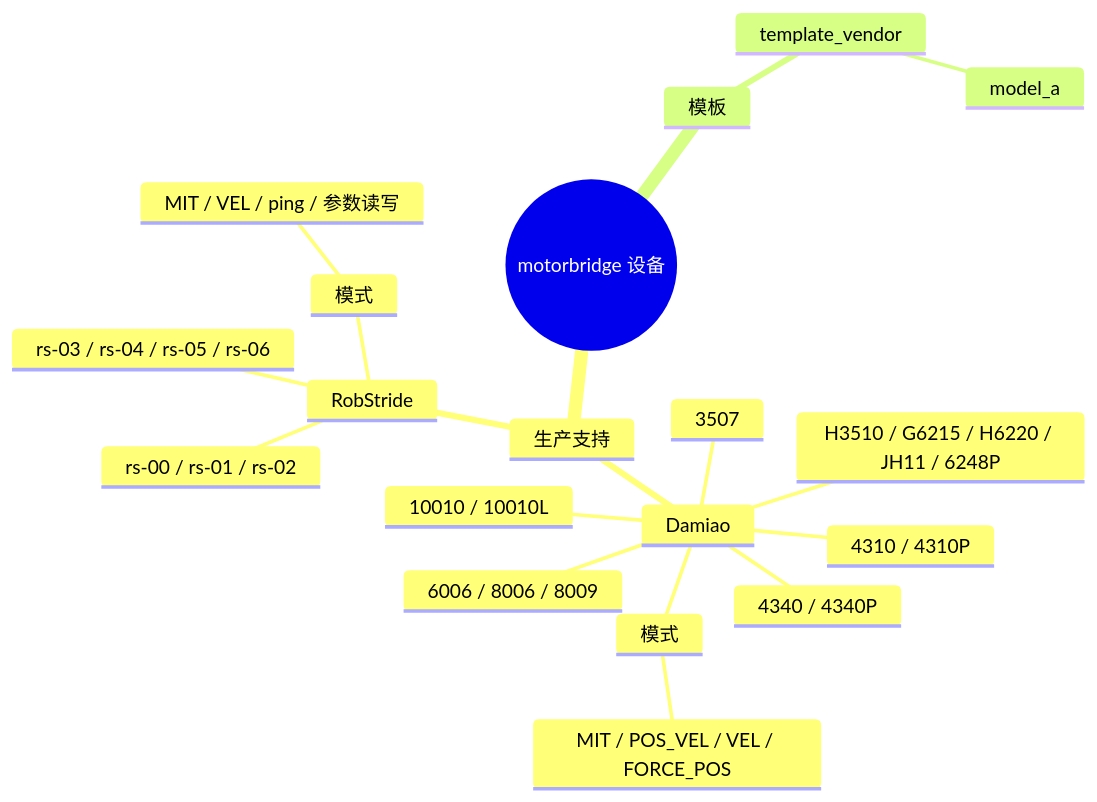
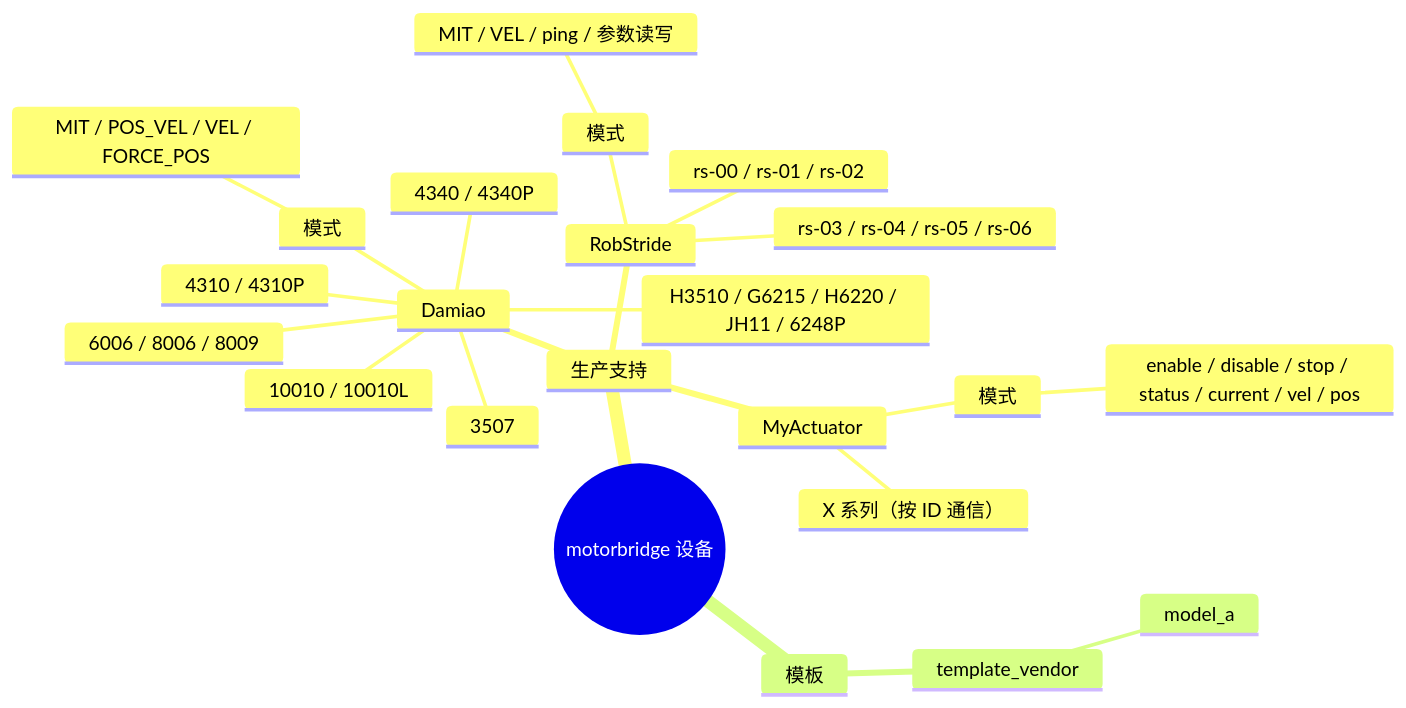
One commit to tianrking/motorbridge changed the diagram in docs/zh/devices.md. Above: the diagram before and after it, drawn with Mermaid. The commit also changed other lines of this file and 42 other files, not shown here.

````diff
--- a/docs/zh/devices.md
+++ b/docs/zh/devices.md
@@ -5,22 +5,26 @@
 ```mermaid
 mindmap
   root((motorbridge 设备))
     生产支持
       Damiao
         3507
         4310 / 4310P
         4340 / 4340P
         6006 / 8006 / 8009
         10010 / 10010L
         H3510 / G6215 / H6220 / JH11 / 6248P
         模式
           MIT / POS_VEL / VEL / FORCE_POS
       RobStride
         rs-00 / rs-01 / rs-02
         rs-03 / rs-04 / rs-05 / rs-06
         模式
           MIT / VEL / ping / 参数读写
+      MyActuator
+        X 系列（按 ID 通信）
+        模式
+          enable / disable / stop / status / current / vel / pos
     模板
       template_vendor
         model_a
 ```
````
